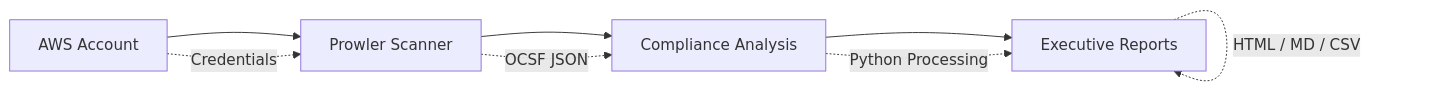
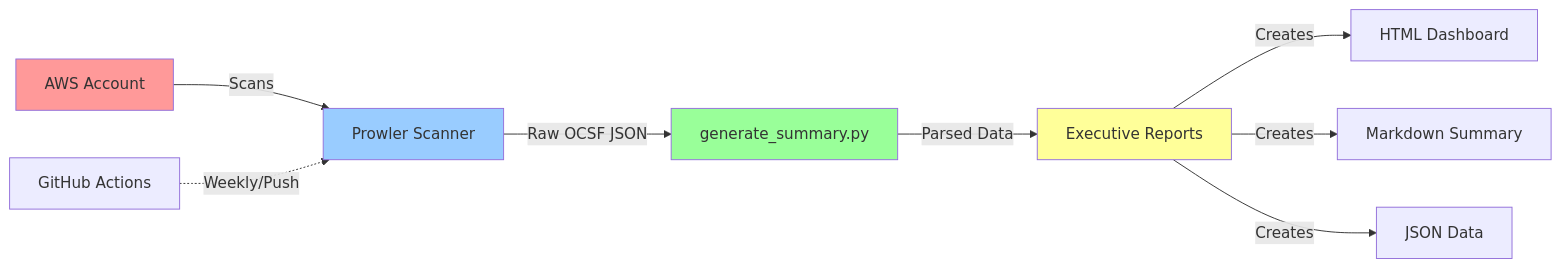
One commit to Taylorwaldo/cloud-banking-compliance-scanner changed the diagram in README.md. Above: the diagram before and after it, drawn with Mermaid.

````diff
--- a/README.md
+++ b/README.md
@@ -29,11 +29,17 @@
 ```mermaid
 flowchart LR
-    A[AWS Account] --> B[Prowler Scanner]
-    B --> C[Compliance Analysis]
-    C --> D[Executive Reports]
-
-    A -.->|Credentials| B
-    B -.->|OCSF JSON| C
-    C -.->|Python Processing| D
-    D -.->|HTML / MD / CSV| D
+    A[AWS Account] -->|Scans| B[Prowler Scanner]
+    B -->|Raw OCSF JSON| C[generate_summary.py]
+    C -->|Parsed Data| D[Executive Reports]
+    
+    D -->|Creates| E[HTML Dashboard]
+    D -->|Creates| F[Markdown Summary]
+    D -->|Creates| G[JSON Data]
+    
+    H[GitHub Actions] -.->|Weekly/Push| B
+    
+    style A fill:#ff9999
+    style B fill:#99ccff
+    style C fill:#99ff99
+    style D fill:#ffff99
 ```
````
